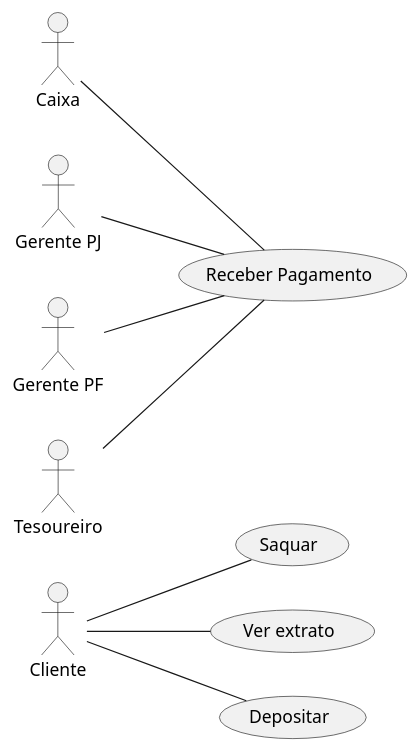
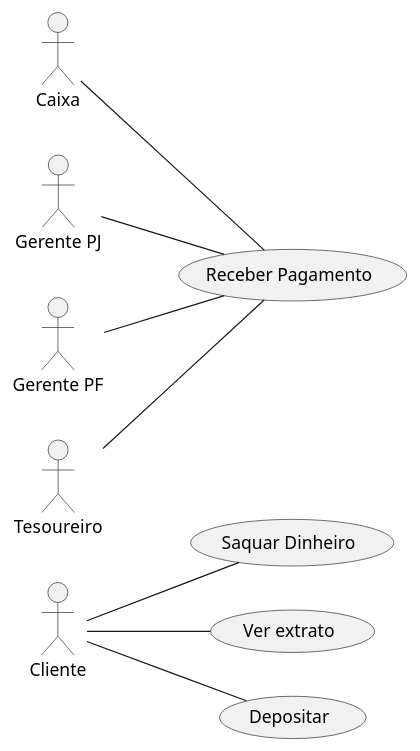
One commit to uguilherme/EngenhariaI2023 changed the diagram in banco.puml. Above: the diagram before and after it, drawn with PlantUML. The commit also changed 6 other files, not shown here.

```diff
--- a/banco.puml
+++ b/banco.puml
@@ -1,24 +1,24 @@
 @startuml
 
 left to right direction
 actor Cliente as cl
 
     actor Caixa as ca
     actor "Gerente PJ" as gj
     actor "Gerente PF" as gp
     actor Tesoureiro as ts
 
     usecase "Receber Pagamento" as rp
-    usecase "Saquar" as sq
+    usecase "Saquar Dinheiro" as sq
     usecase "Ver extrato" as vs
     usecase "Depositar" as dp
 
     cl -- vs
     cl -- dp
     cl -- sq
     ca -- rp
     gj -- rp
     gp -- rp
     ts -- rp
 
 @enduml
```
